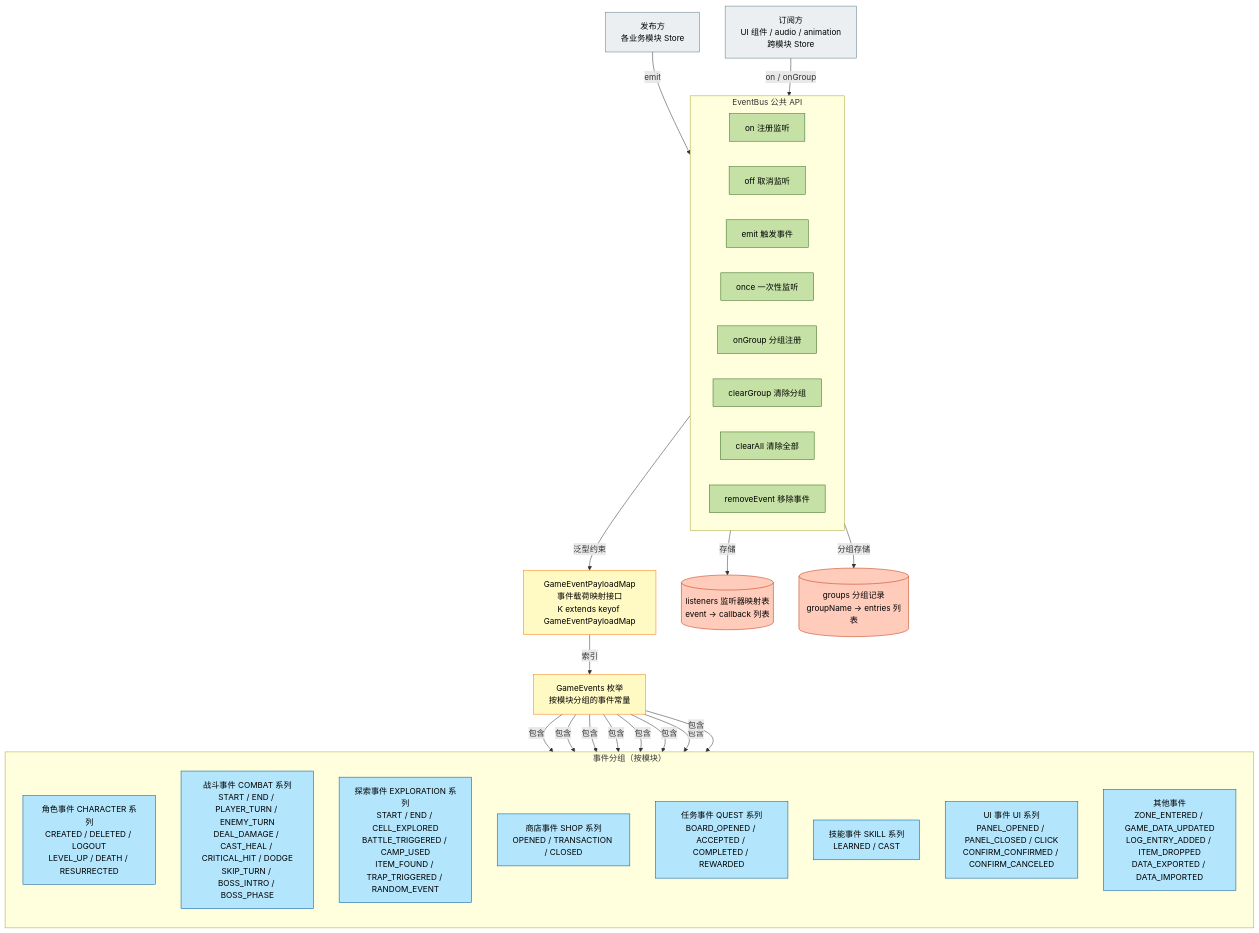
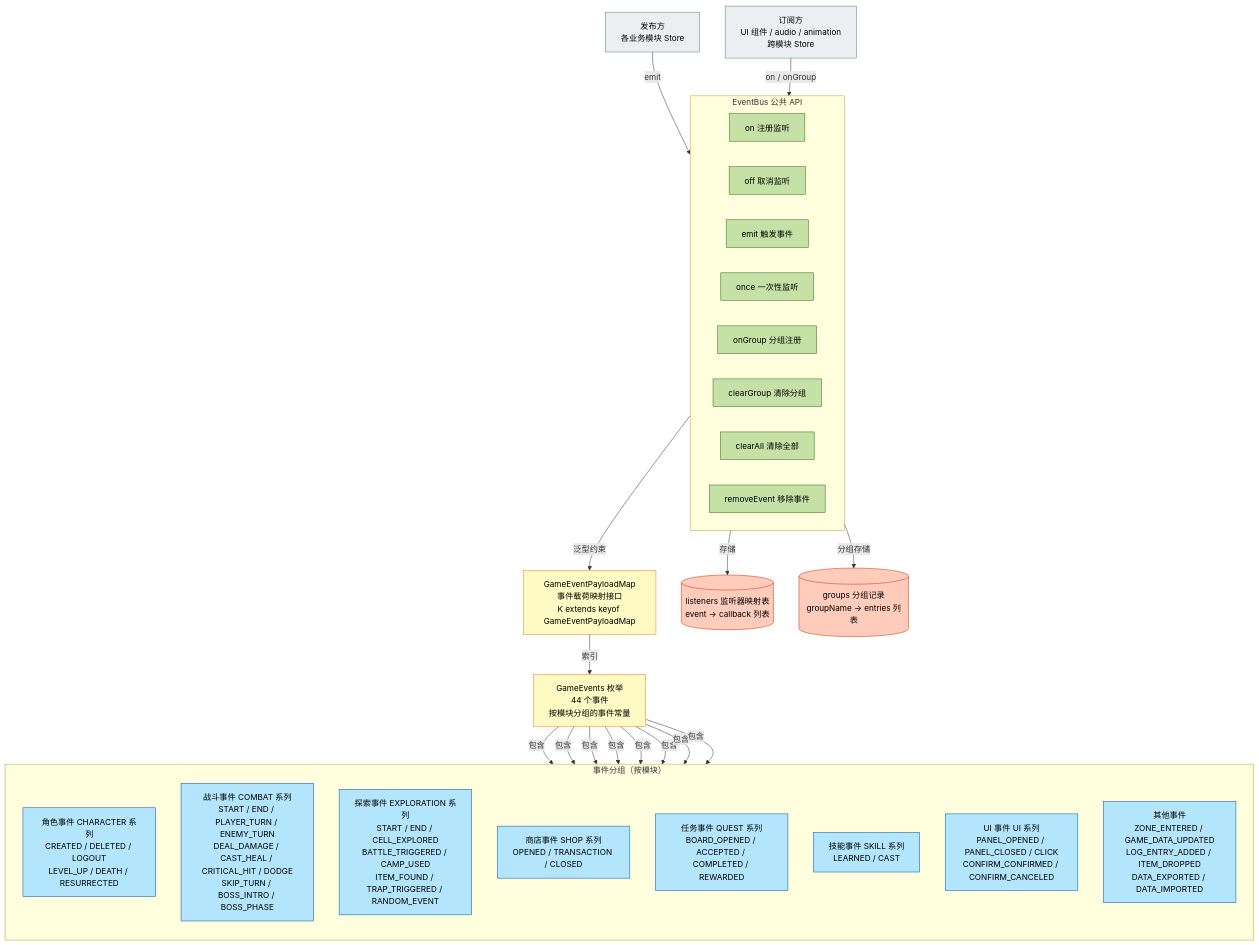
Before and after one commit to SonDemigods/wow_dnd: the tenth of 11 diagrams in doc/project/ARCHITECTURE_DIAGRAMS.md, drawn with Mermaid. The commit also changed other lines of this file and 4 other files, not shown here.

````diff
--- a/doc/project/ARCHITECTURE_DIAGRAMS.md
+++ b/doc/project/ARCHITECTURE_DIAGRAMS.md
@@ -823,71 +915,71 @@
 ```mermaid
 graph TD
     %% ===== 公共 API 层 =====
     subgraph api["EventBus 公共 API"]
         direction LR
         on["on 注册监听"]
         off["off 取消监听"]
         emit["emit 触发事件"]
         once["once 一次性监听"]
         onGroup["onGroup 分组注册"]
         clearGroup["clearGroup 清除分组"]
         clearAll["clearAll 清除全部"]
         removeEvent["removeEvent 移除事件"]
     end
 
     %% ===== 类型安全机制 =====
     typeSafe["GameEventPayloadMap<br/>事件载荷映射接口<br/>K extends keyof GameEventPayloadMap"]
-    events["GameEvents 枚举<br/>按模块分组的事件常量"]
+    events["GameEvents 枚举<br/>44 个事件<br/>按模块分组的事件常量"]
 
     %% ===== 内部存储 =====
     listeners[("listeners 监听器映射表<br/>event -> callback 列表")]
     groups[("groups 分组记录<br/>groupName -> entries 列表")]
 
     %% ===== 事件分组 =====
     subgraph eventGroups["事件分组（按模块）"]
         direction TB
         g1["角色事件 CHARACTER 系列<br/>CREATED / DELETED / LOGOUT<br/>LEVEL_UP / DEATH / RESURRECTED"]
         g2["战斗事件 COMBAT 系列<br/>START / END / PLAYER_TURN / ENEMY_TURN<br/>DEAL_DAMAGE / CAST_HEAL / CRITICAL_HIT / DODGE<br/>SKIP_TURN / BOSS_INTRO / BOSS_PHASE"]
         g3["探索事件 EXPLORATION 系列<br/>START / END / CELL_EXPLORED<br/>BATTLE_TRIGGERED / CAMP_USED<br/>ITEM_FOUND / TRAP_TRIGGERED / RANDOM_EVENT"]
         g4["商店事件 SHOP 系列<br/>OPENED / TRANSACTION / CLOSED"]
         g5["任务事件 QUEST 系列<br/>BOARD_OPENED / ACCEPTED / COMPLETED / REWARDED"]
         g6["技能事件 SKILL 系列<br/>LEARNED / CAST"]
         g7["UI 事件 UI 系列<br/>PANEL_OPENED / PANEL_CLOSED / CLICK<br/>CONFIRM_CONFIRMED / CONFIRM_CANCELED"]
         g8["其他事件<br/>ZONE_ENTERED / GAME_DATA_UPDATED<br/>LOG_ENTRY_ADDED / ITEM_DROPPED<br/>DATA_EXPORTED / DATA_IMPORTED"]
     end
 
     %% ===== 发布方与订阅方 =====
     publishers["发布方<br/>各业务模块 Store"]
     subscribers["订阅方<br/>UI 组件 / audio / animation<br/>跨模块 Store"]
 
     %% ===== 关系 =====
     publishers -->|emit| api
     subscribers -->|on / onGroup| api
 
     api -->|泛型约束| typeSafe
     typeSafe -->|索引| events
     api -->|存储| listeners
     api -->|分组存储| groups
 
     events -->|包含| g1
     events -->|包含| g2
     events -->|包含| g3
     events -->|包含| g4
     events -->|包含| g5
     events -->|包含| g6
     events -->|包含| g7
     events -->|包含| g8
 
     %% ===== 样式 =====
     classDef apiLayer fill:#c5e1a5,stroke:#33691e,color:#000
     classDef typeLayer fill:#fff9c4,stroke:#f57f17,color:#000
     classDef storeLayer fill:#ffccbc,stroke:#bf360c,color:#000
     classDef groupLayer fill:#b3e5fc,stroke:#01579b,color:#000
     classDef ext fill:#eceff1,stroke:#607d8b,color:#000
 
     class on,off,emit,once,onGroup,clearGroup,clearAll,removeEvent apiLayer
     class typeSafe,events typeLayer
     class listeners,groups storeLayer
     class g1,g2,g3,g4,g5,g6,g7,g8 groupLayer
     class publishers,subscribers ext
 ```
````
